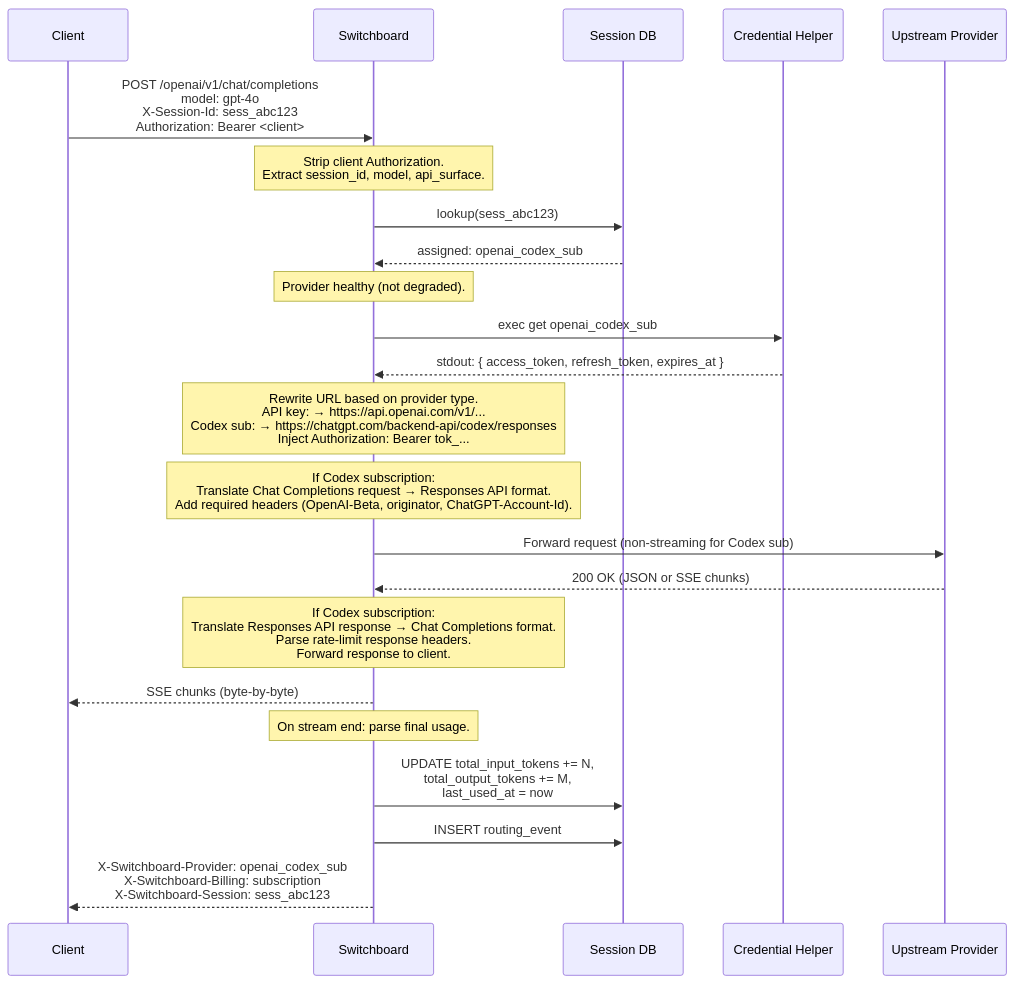
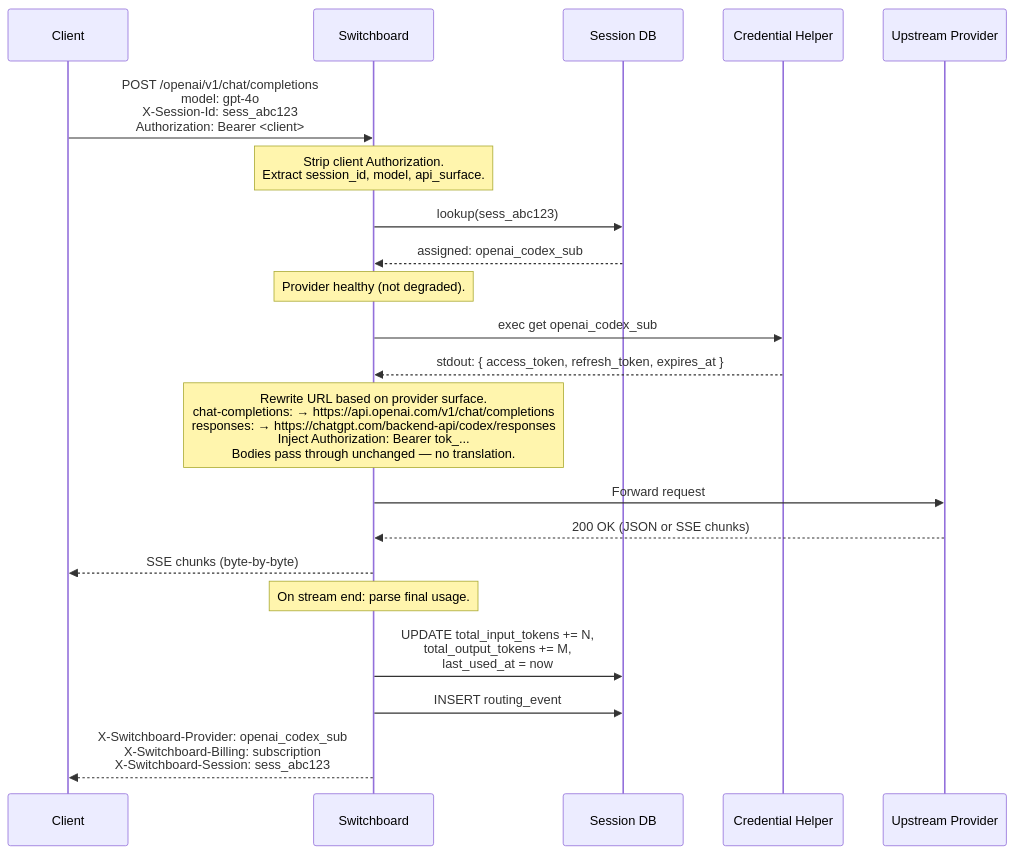
Before and after one commit to throwparty/agentkit: the second of 6 diagrams in adrs/2026-06-14-switchboard/plan.md, drawn with Mermaid. The commit also changed other lines of this file and 7 other files, not shown here.

````diff
--- a/adrs/2026-06-14-switchboard/plan.md
+++ b/adrs/2026-06-14-switchboard/plan.md
@@ -398,37 +393,33 @@
 ```mermaid
 sequenceDiagram
     participant C as Client
     participant SB as Switchboard
     participant SDB as Session DB
     participant CH as Credential Helper
     participant UP as Upstream Provider
 
     C->>SB: POST /openai/v1/chat/completions<br/>model: gpt-4o<br/>X-Session-Id: sess_abc123<br/>Authorization: Bearer <client>
     Note over SB: Strip client Authorization.<br/>Extract session_id, model, api_surface.
 
     SB->>SDB: lookup(sess_abc123)
     SDB-->>SB: assigned: openai_codex_sub
 
     Note over SB: Provider healthy (not degraded).
 
     SB->>CH: exec get openai_codex_sub
     CH-->>SB: stdout: { access_token, refresh_token, expires_at }
 
-    Note over SB: Rewrite URL based on provider type.<br/>API key: → https://api.openai.com/v1/...<br/>Codex sub: → https://chatgpt.com/backend-api/codex/responses<br/>Inject Authorization: Bearer tok_...
+    Note over SB: Rewrite URL based on provider surface.<br/>chat-completions: → https://api.openai.com/v1/chat/completions<br/>responses: → https://chatgpt.com/backend-api/codex/responses<br/>Inject Authorization: Bearer tok_...<br/>Bodies pass through unchanged — no translation.
 
-    Note over SB: If Codex subscription:<br/>Translate Chat Completions request → Responses API format.<br/>Add required headers (OpenAI-Beta, originator, ChatGPT-Account-Id).
-
-    SB->>UP: Forward request (non-streaming for Codex sub)
+    SB->>UP: Forward request
     UP-->>SB: 200 OK (JSON or SSE chunks)
-
-    Note over SB: If Codex subscription:<br/>Translate Responses API response → Chat Completions format.<br/>Parse rate-limit response headers.<br/>Forward response to client.
 
     SB-->>C: SSE chunks (byte-by-byte)
 
     Note over SB: On stream end: parse final usage.
 
     SB->>SDB: UPDATE total_input_tokens += N,<br/>total_output_tokens += M,<br/>last_used_at = now
     SB->>SDB: INSERT routing_event
 
     SB-->>C: X-Switchboard-Provider: openai_codex_sub<br/>X-Switchboard-Billing: subscription<br/>X-Switchboard-Session: sess_abc123
 ```
````
